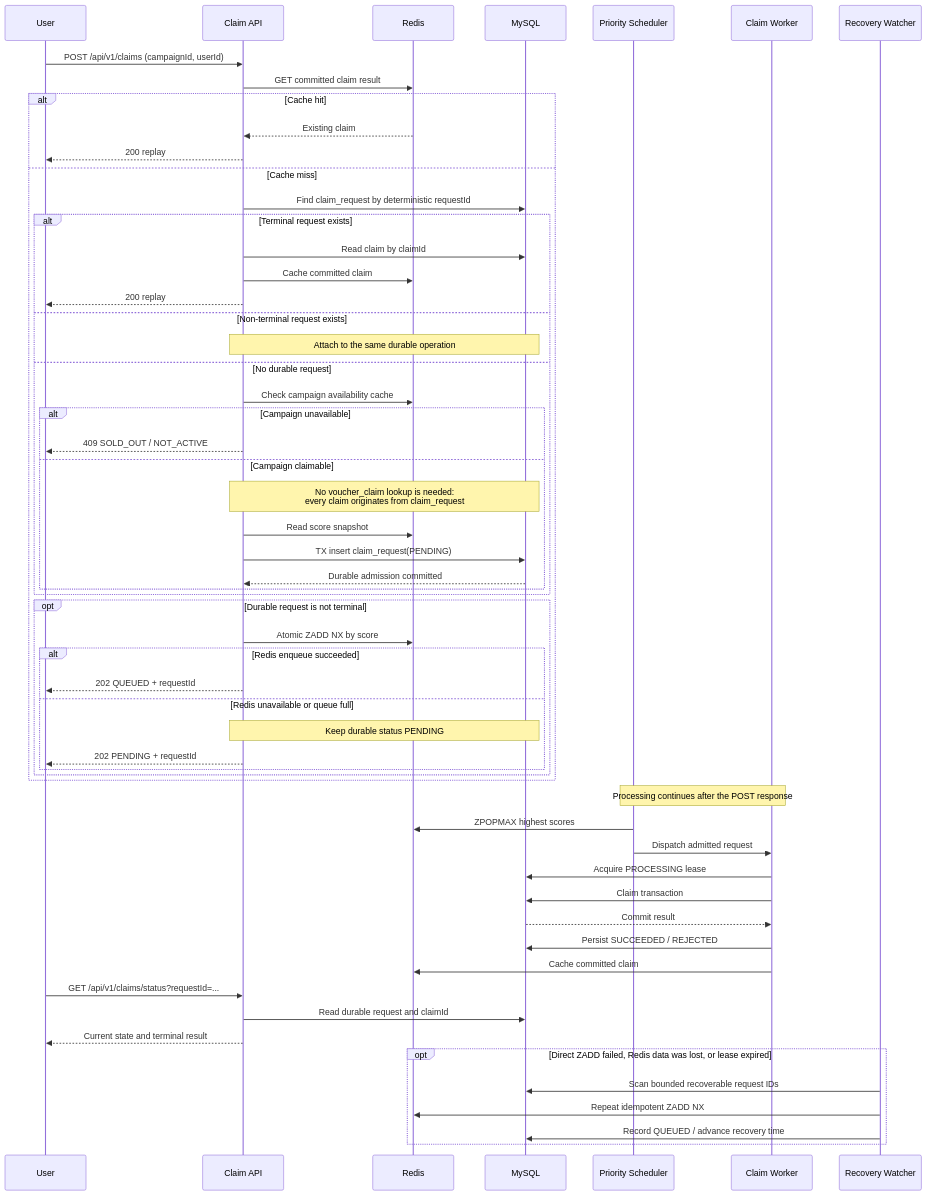
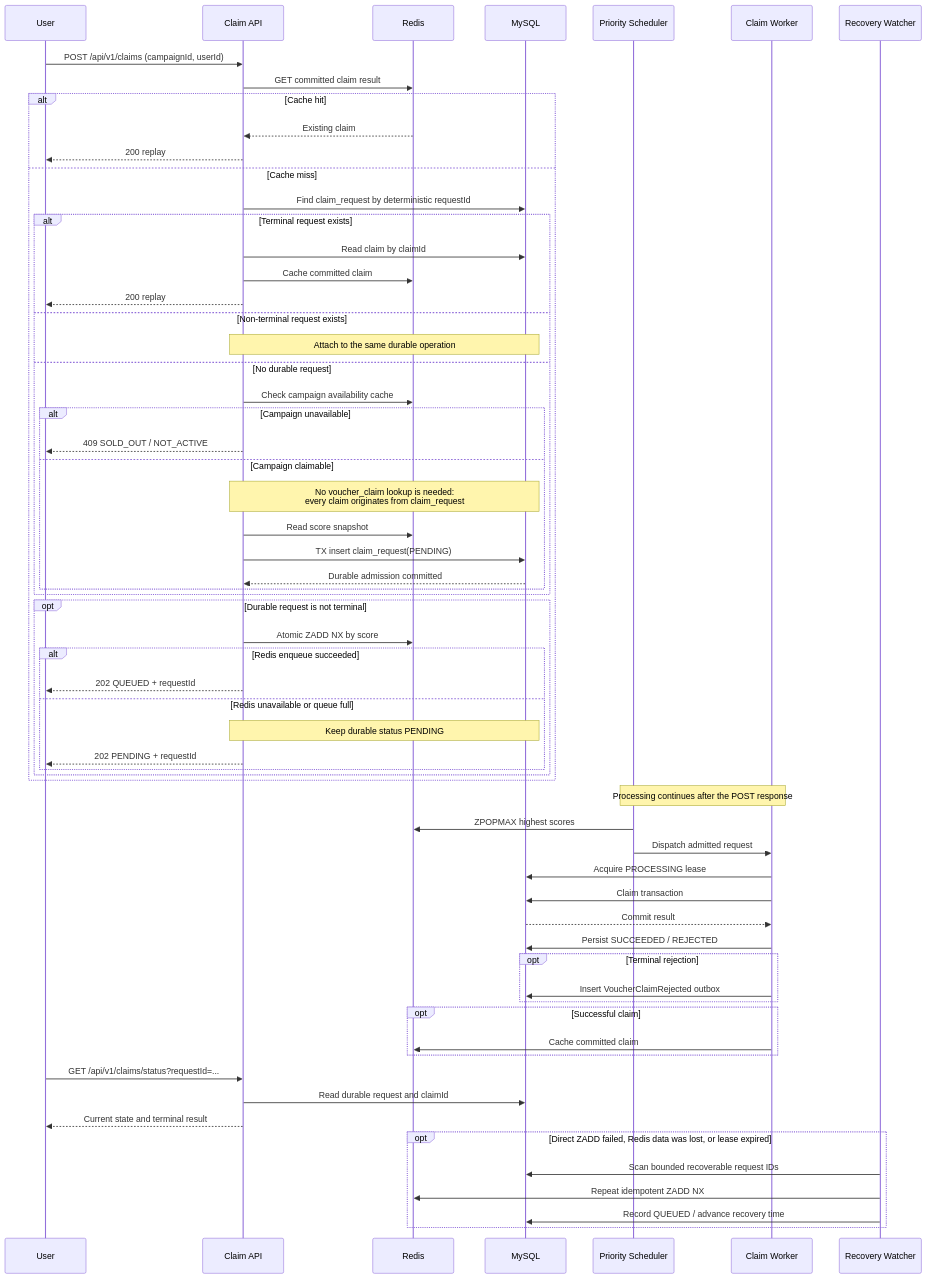
The tenth of 14 diagrams in SOLUTION.md (PhamDinhDuy-2508/Voucher-claim-system), drawn with Mermaid before and after one commit. The commit also changed other lines of this file, not shown here.

Commit message:
docs: align claim sequences with implementation

````diff
--- a/SOLUTION.md
+++ b/SOLUTION.md
@@ -470,62 +470,67 @@
 ```mermaid
 sequenceDiagram
     participant U as User
     participant API as Claim API
     participant R as Redis
     participant DB as MySQL
     participant S as Priority Scheduler
     participant W as Claim Worker
     participant RW as Recovery Watcher
 
     U->>API: POST /api/v1/claims (campaignId, userId)
     API->>R: GET committed claim result
     alt Cache hit
         R-->>API: Existing claim
         API-->>U: 200 replay
     else Cache miss
         API->>DB: Find claim_request by deterministic requestId
         alt Terminal request exists
             API->>DB: Read claim by claimId
             API->>R: Cache committed claim
             API-->>U: 200 replay
         else Non-terminal request exists
             Note over API,DB: Attach to the same durable operation
         else No durable request
             API->>R: Check campaign availability cache
             alt Campaign unavailable
                 API-->>U: 409 SOLD_OUT / NOT_ACTIVE
             else Campaign claimable
             Note over API,DB: No voucher_claim lookup is needed:<br/>every claim originates from claim_request
             API->>R: Read score snapshot
             API->>DB: TX insert claim_request(PENDING)
             DB-->>API: Durable admission committed
             end
         end
         opt Durable request is not terminal
             API->>R: Atomic ZADD NX by score
             alt Redis enqueue succeeded
                 API-->>U: 202 QUEUED + requestId
             else Redis unavailable or queue full
                 Note over API,DB: Keep durable status PENDING
                 API-->>U: 202 PENDING + requestId
             end
         end
     end
 
     Note over S,W: Processing continues after the POST response
     S->>R: ZPOPMAX highest scores
     S->>W: Dispatch admitted request
     W->>DB: Acquire PROCESSING lease
     W->>DB: Claim transaction
     DB-->>W: Commit result
     W->>DB: Persist SUCCEEDED / REJECTED
-    W->>R: Cache committed claim
+    opt Terminal rejection
+        W->>DB: Insert VoucherClaimRejected outbox
+    end
+    opt Successful claim
+        W->>R: Cache committed claim
+    end
     U->>API: GET /api/v1/claims/status?requestId=...
     API->>DB: Read durable request and claimId
     API-->>U: Current state and terminal result
     opt Direct ZADD failed, Redis data was lost, or lease expired
         RW->>DB: Scan bounded recoverable request IDs
         RW->>R: Repeat idempotent ZADD NX
         RW->>DB: Record QUEUED / advance recovery time
     end
 ```
````
